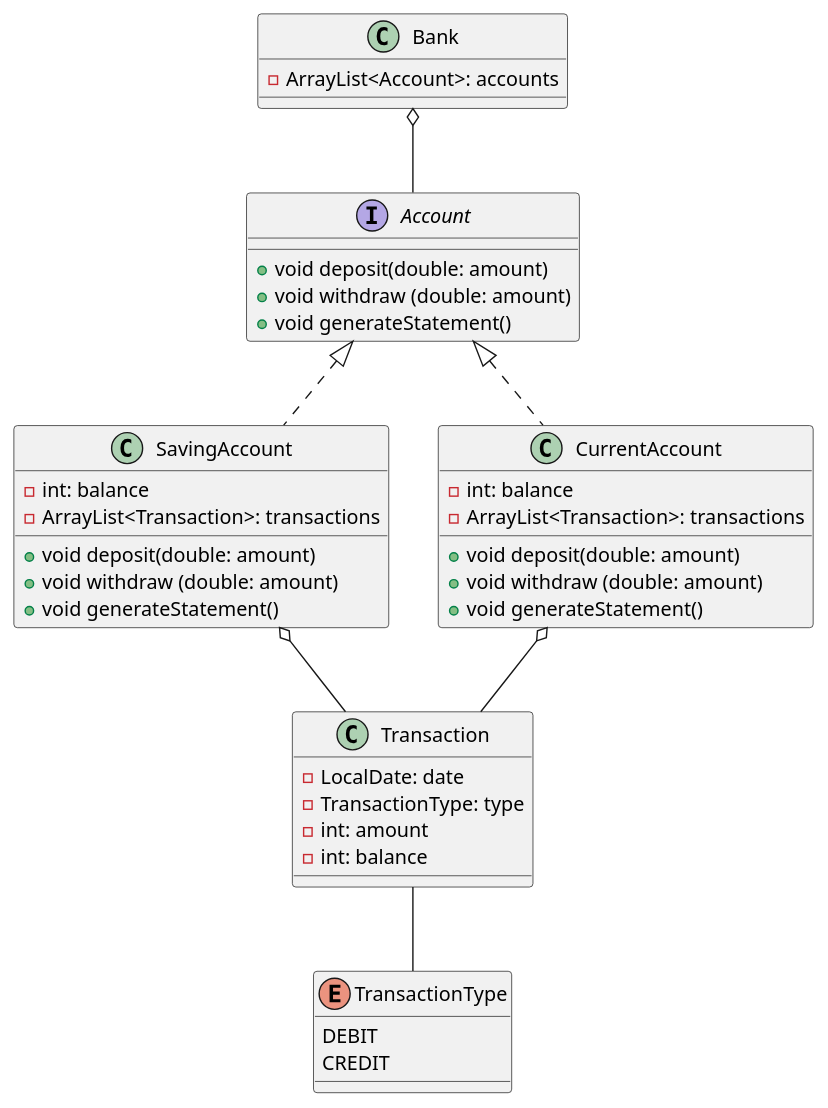
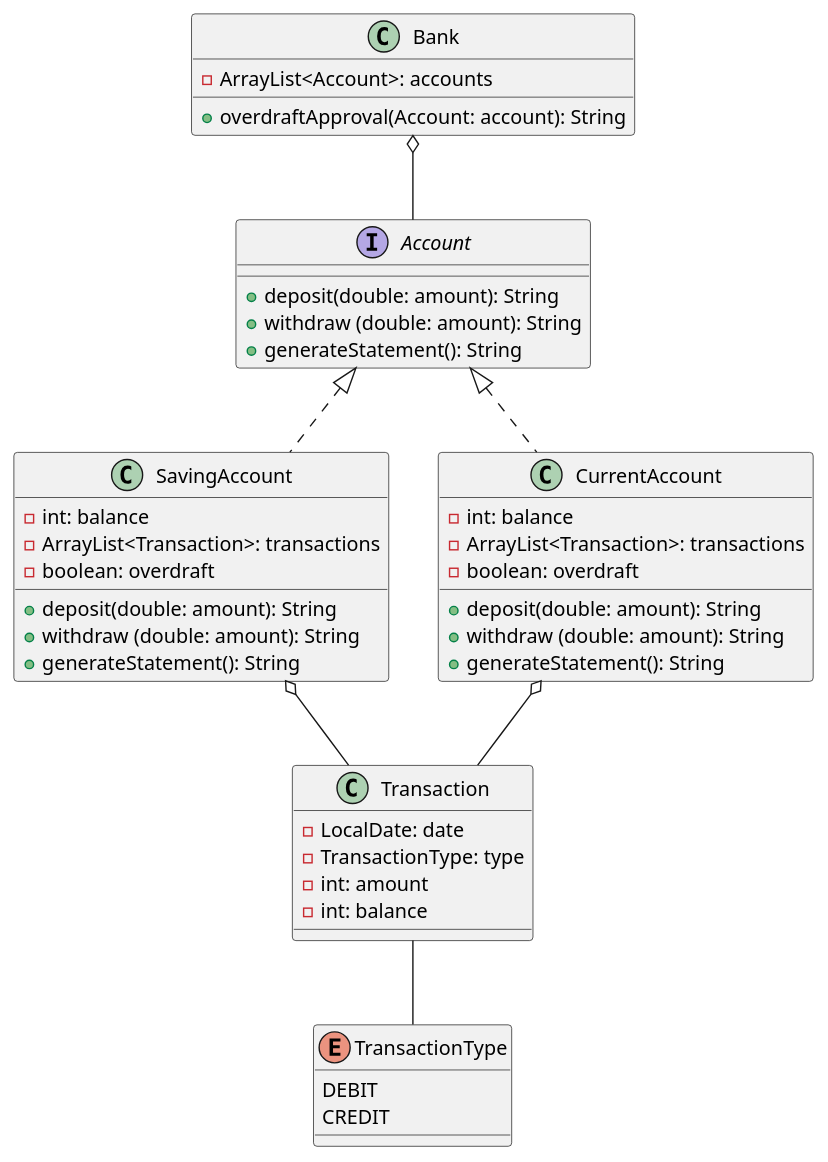
The diagram in CLASS-DIAGRAM.puml (boolean-uk/java-tdd-oop-bank-challenge), drawn with PlantUML before and after one commit. The commit also changed 3 other files, not shown here.

Commit message:
Added test case for overdraft approval

```diff
--- a/CLASS-DIAGRAM.puml
+++ b/CLASS-DIAGRAM.puml
@@ -1,67 +1,68 @@
 @startuml
 'https://plantuml.com/class-diagram
 '
 'abstract class AbstractList
 'abstract AbstractCollection
 'interface List
 'interface Collection
 '
 'List <|-- AbstractList
 'Collection <|-- AbstractCollection
 '
 'Collection <|- List
 'AbstractCollection <|- AbstractList
 'AbstractList <|-- ArrayList
 '
 'class ArrayList {
 'Object[] elementData
 'size()
 '}
 '
 'enum TimeUnit {
 'DAYS
 'HOURS
 'MINUTES
 '}
 Account <|..SavingAccount
 Account <|..CurrentAccount
 Transaction -- TransactionType
 Bank o-- Account
 SavingAccount o-- Transaction
 CurrentAccount o-- Transaction
 
+interface Account{
++ deposit(double: amount): String
++ withdraw (double: amount): String
++ generateStatement(): String
+}
 class SavingAccount{
 - int: balance
 - ArrayList<Transaction>: transactions
-
-+ void deposit(double: amount)
-+ void withdraw (double: amount)
-+ void generateStatement()
+- boolean: overdraft
++ deposit(double: amount): String
++ withdraw (double: amount): String
++ generateStatement(): String
 }
 class CurrentAccount{
 - int: balance
 - ArrayList<Transaction>: transactions
-
-+ void deposit(double: amount)
-+ void withdraw (double: amount)
-+ void generateStatement()
+- boolean: overdraft
++ deposit(double: amount): String
++ withdraw (double: amount): String
++ generateStatement(): String
 }
 class Bank {
 - ArrayList<Account>: accounts
-}
-interface Account{
-+ void deposit(double: amount)
-+ void withdraw (double: amount)
-+ void generateStatement()
++ overdraftApproval(Account: account): String
 }
 class Transaction{
 - LocalDate: date
 - TransactionType: type
 - int: amount
 - int: balance
 }
 enum TransactionType{
 DEBIT
 CREDIT
 }
 @enduml
```
